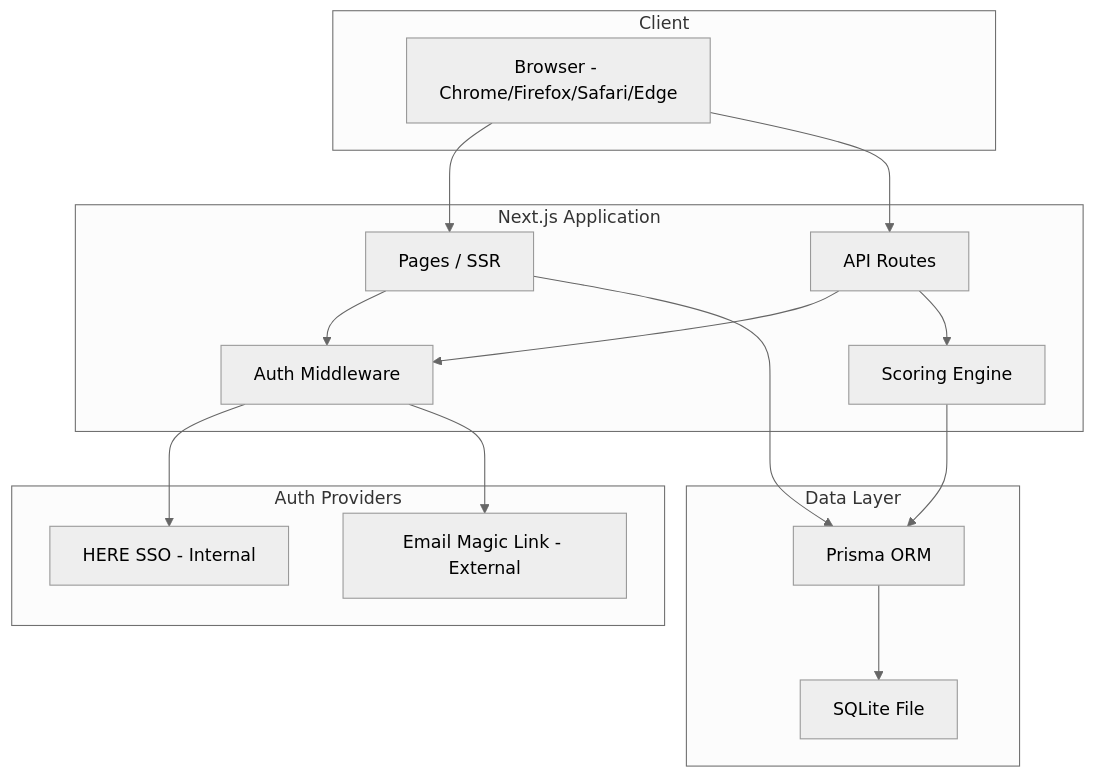
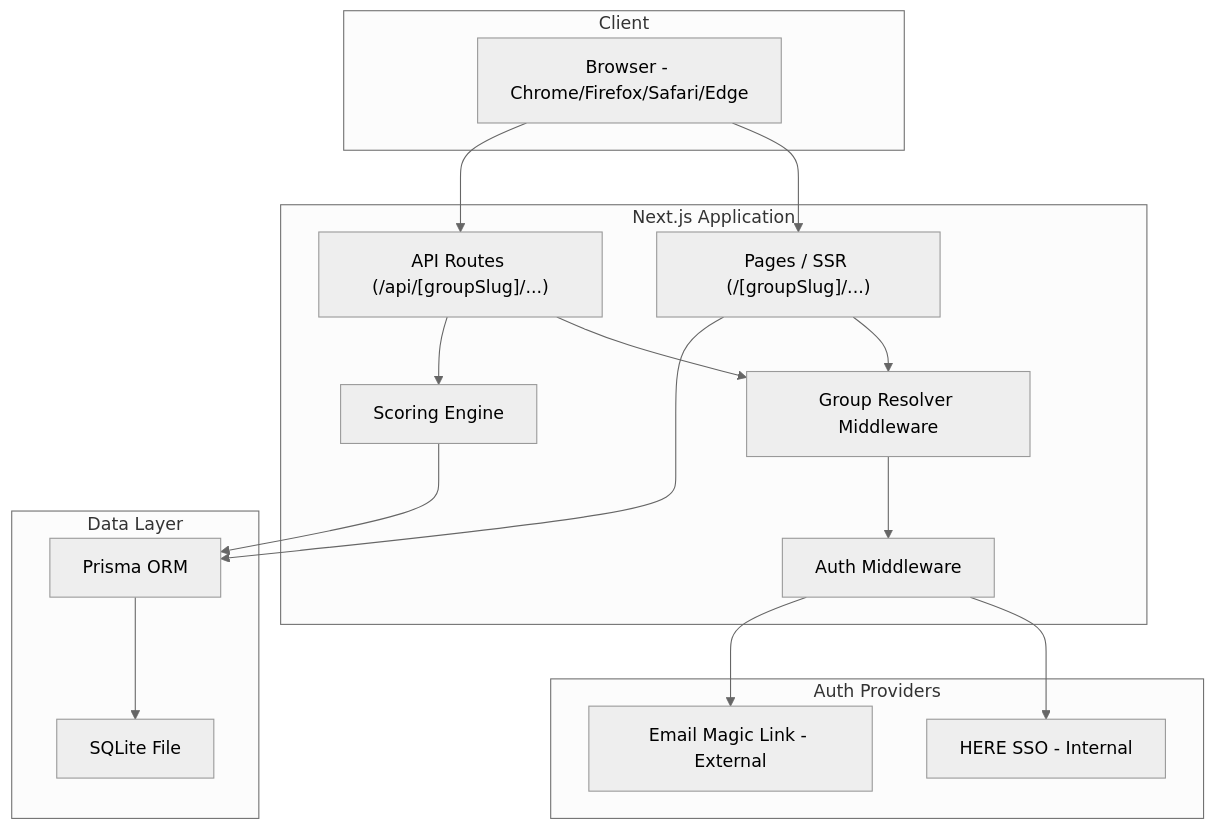
Before and after one commit to bernardmendonca/world-cup-predictor: the first of 2 diagrams in .kiro/specs/world-cup-predictor/design.md, drawn with Mermaid (neutral theme). The commit also changed other lines of this file and 83 other files, not shown here.

````diff
--- a/.kiro/specs/world-cup-predictor/design.md
+++ b/.kiro/specs/world-cup-predictor/design.md
@@ -23,34 +27,36 @@
 ```mermaid
 graph TB
     subgraph Client
         Browser[Browser - Chrome/Firefox/Safari/Edge]
     end
 
     subgraph Application["Next.js Application"]
-        Pages[Pages / SSR]
-        API[API Routes]
+        Pages["Pages / SSR (/[groupSlug]/...)"]
+        API["API Routes (/api/[groupSlug]/...)"]
         Auth[Auth Middleware]
+        GroupResolver[Group Resolver Middleware]
         Scoring[Scoring Engine]
     end
 
     subgraph AuthProviders["Auth Providers"]
         SSO[HERE SSO - Internal]
         Email[Email Magic Link - External]
     end
 
     subgraph DataLayer["Data Layer"]
         Prisma[Prisma ORM]
         SQLite[SQLite File]
     end
 
     Browser --> Pages
     Browser --> API
-    Pages --> Auth
-    API --> Auth
+    Pages --> GroupResolver
+    API --> GroupResolver
+    GroupResolver --> Auth
     Auth --> SSO
     Auth --> Email
     API --> Scoring
     Scoring --> Prisma
     Pages --> Prisma
     Prisma --> SQLite
 ```
````
